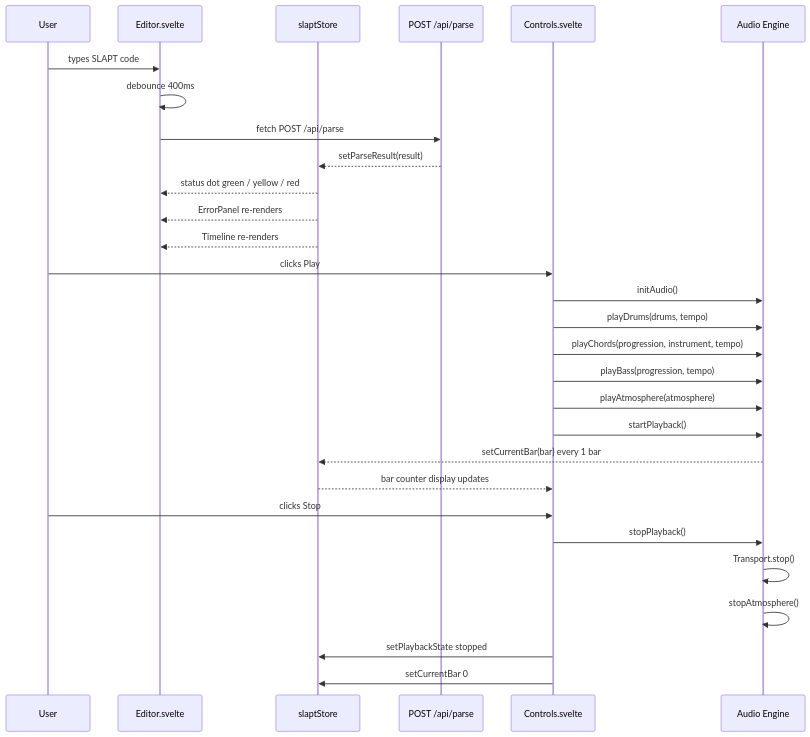
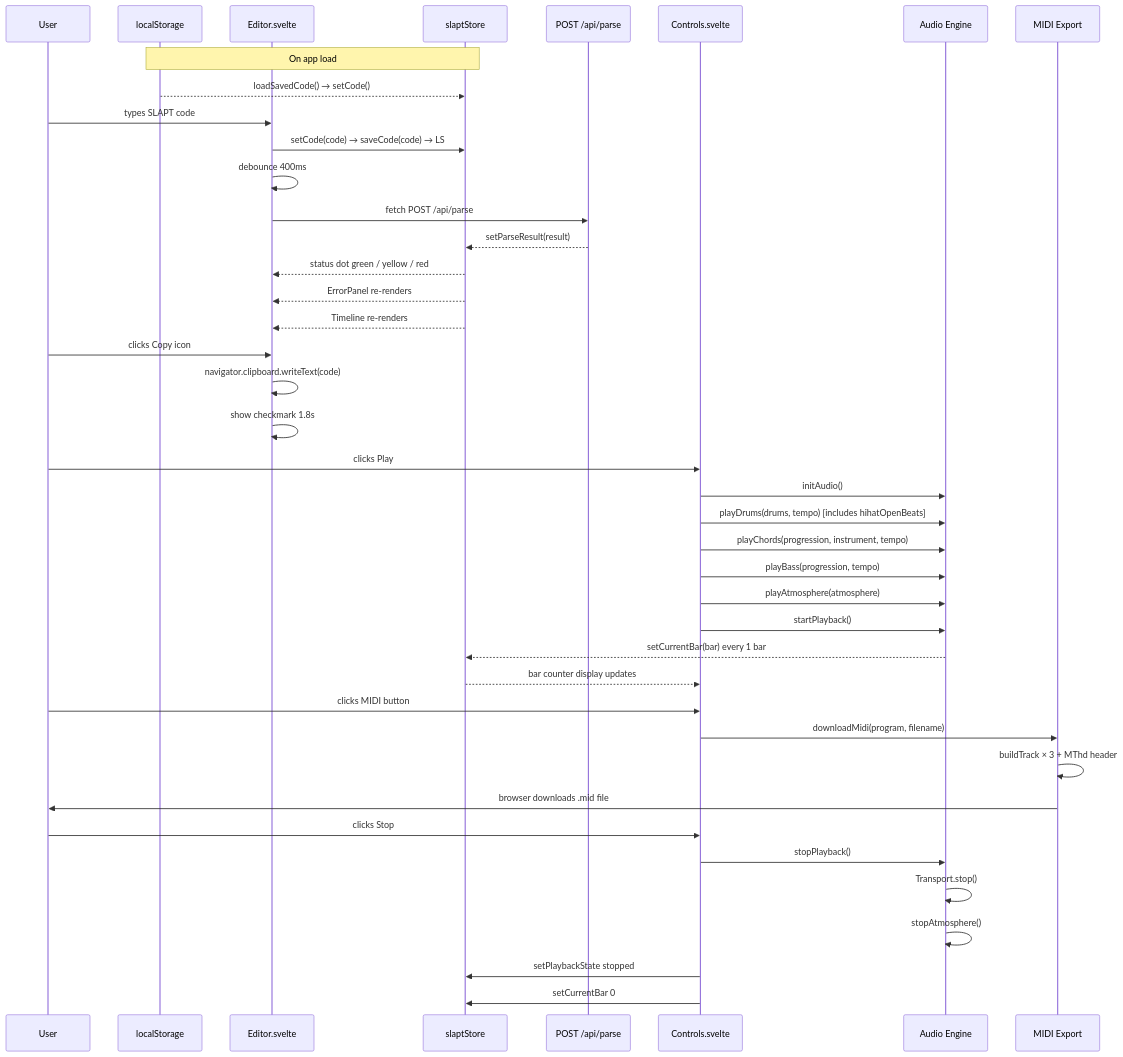
Before and after one commit to souvik03-136/SLAPT: the seventh of 8 diagrams in docs/DOCUMENTATION.md, drawn with Mermaid. The commit also changed other lines of this file and 13 other files, not shown here.

First line of the commit message:
feat: add time signature support, open hi-hat syntax, MIDI export, and auto-save

````diff
--- a/docs/DOCUMENTATION.md
+++ b/docs/DOCUMENTATION.md
@@ -183,34 +238,49 @@
 ```mermaid
 sequenceDiagram
     participant U as User
+    participant LS as localStorage
     participant E as Editor.svelte
     participant S as slaptStore
     participant P as POST /api/parse
     participant C as Controls.svelte
     participant A as Audio Engine
+    participant M as MIDI Export
+
+    note over LS,S: On app load
+    LS-->>S: loadSavedCode() → setCode()
 
     U->>E: types SLAPT code
+    E->>S: setCode(code) → saveCode(code) → LS
     E->>E: debounce 400ms
     E->>P: fetch POST /api/parse
     P-->>S: setParseResult(result)
     S-->>E: status dot green / yellow / red
     S-->>E: ErrorPanel re-renders
     S-->>E: Timeline re-renders
 
+    U->>E: clicks Copy icon
+    E->>E: navigator.clipboard.writeText(code)
+    E->>E: show checkmark 1.8s
+
     U->>C: clicks Play
     C->>A: initAudio()
-    C->>A: playDrums(drums, tempo)
+    C->>A: playDrums(drums, tempo)  [includes hihatOpenBeats]
     C->>A: playChords(progression, instrument, tempo)
     C->>A: playBass(progression, tempo)
     C->>A: playAtmosphere(atmosphere)
     C->>A: startPlayback()
     A-->>S: setCurrentBar(bar) every 1 bar
     S-->>C: bar counter display updates
+
+    U->>C: clicks MIDI button
+    C->>M: downloadMidi(program, filename)
+    M->>M: buildTrack × 3 + MThd header
+    M->>U: browser downloads .mid file
 
     U->>C: clicks Stop
     C->>A: stopPlayback()
     A->>A: Transport.stop()
     A->>A: stopAtmosphere()
     C->>S: setPlaybackState stopped
     C->>S: setCurrentBar 0
 ```
````
